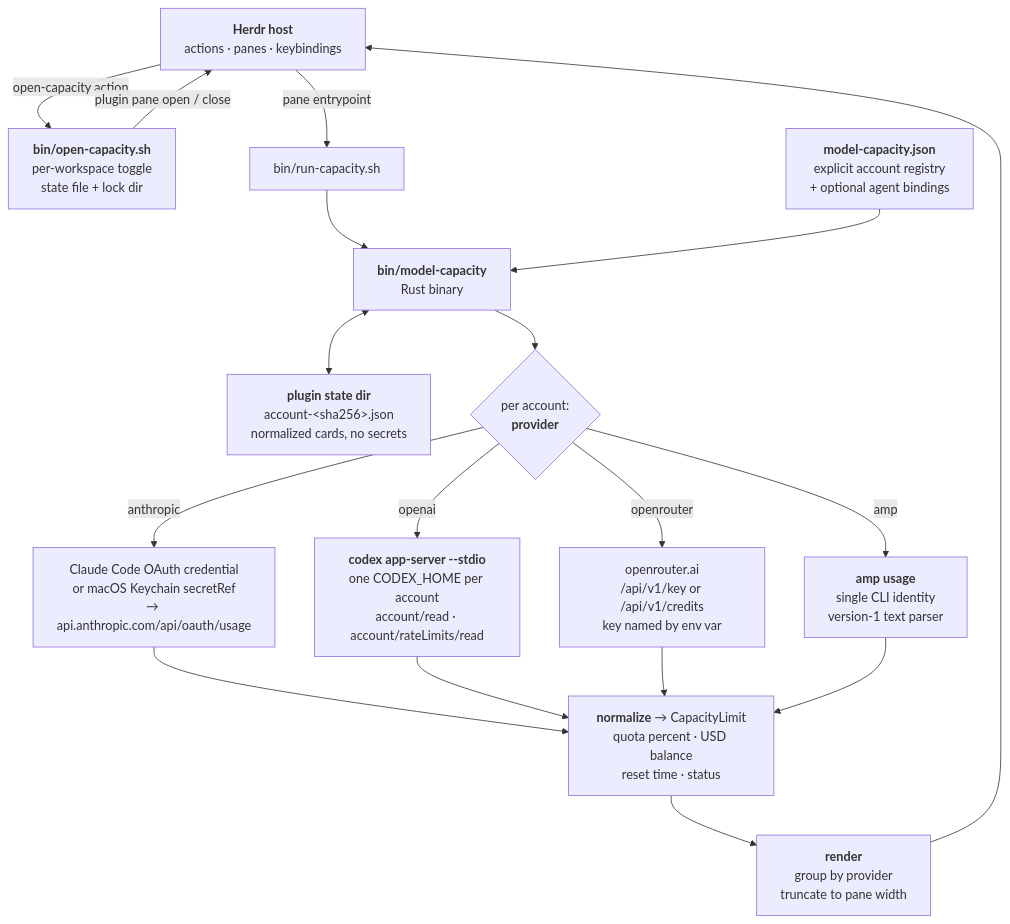
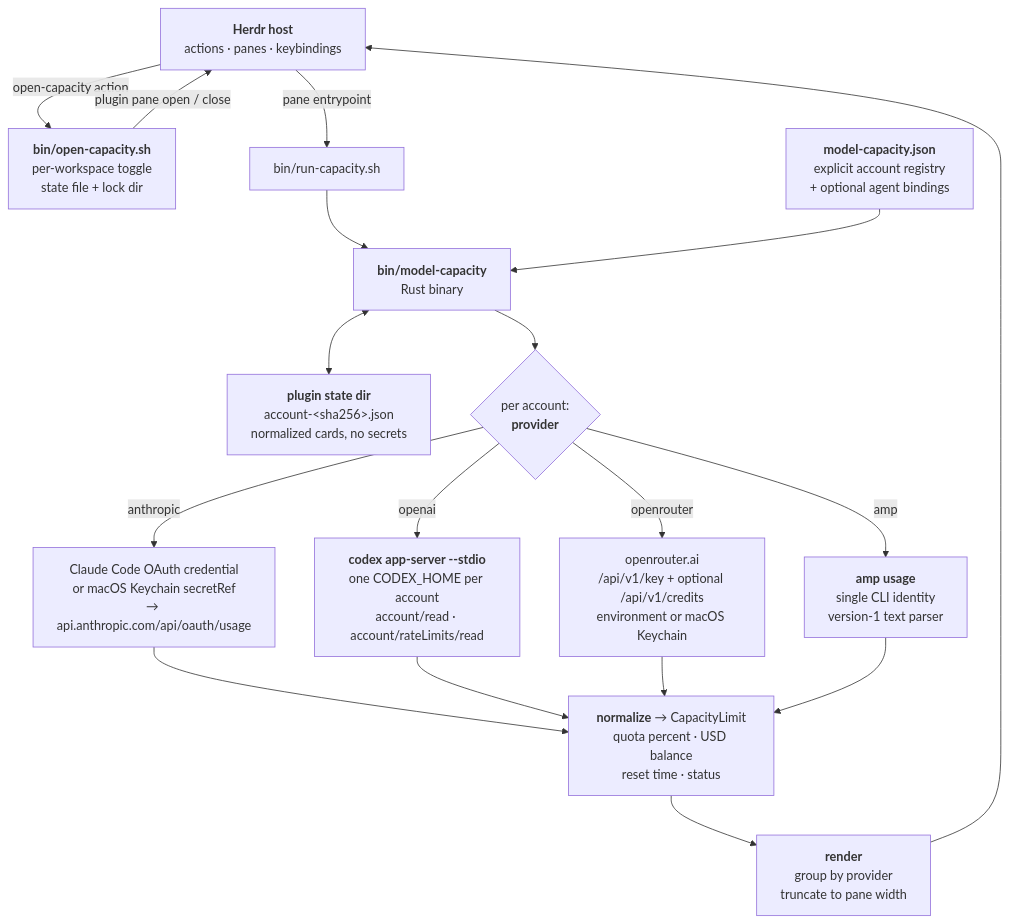
Before and after one commit to shrivatsas/herdr-model-capacity: the first of 2 diagrams in README.md, drawn with Mermaid. The commit also changed other lines of this file and 1 other file, not shown here.

First line of the commit message:
Show OpenRouter key identity and distinguish capacity scope (#10)

````diff
--- a/README.md
+++ b/README.md
@@ -32,26 +32,26 @@
 ```mermaid
 flowchart TD
     A["<b>Herdr host</b><br/>actions · panes · keybindings"]
 
     A -->|"open-capacity action"| B["<b>bin/open-capacity.sh</b><br/>per-workspace toggle<br/>state file + lock dir"]
     B -->|"plugin pane open / close"| A
     A -->|"pane entrypoint"| C["bin/run-capacity.sh"]
     C --> D["<b>bin/model-capacity</b><br/>Rust binary"]
 
     R["<b>model-capacity.json</b><br/>explicit account registry<br/>+ optional agent bindings"] --> D
     D <--> S["<b>plugin state dir</b><br/>account-&lt;sha256&gt;.json<br/>normalized cards, no secrets"]
 
     D --> E{"per account:<br/><b>provider</b>"}
     E -->|anthropic| F["Claude Code OAuth credential<br/>or macOS Keychain secretRef<br/>→ api.anthropic.com/api/oauth/usage"]
     E -->|openai| G["<b>codex app-server --stdio</b><br/>one CODEX_HOME per account<br/>account/read · account/rateLimits/read"]
-    E -->|openrouter| H["openrouter.ai<br/>/api/v1/key or /api/v1/credits<br/>key named by env var"]
+    E -->|openrouter| H["openrouter.ai<br/>/api/v1/key + optional /api/v1/credits<br/>environment or macOS Keychain"]
     E -->|amp| I["<b>amp usage</b><br/>single CLI identity<br/>version-1 text parser"]
 
     F --> J
     G --> J
     H --> J
     I --> J["<b>normalize</b> → CapacityLimit<br/>quota percent · USD balance<br/>reset time · status"]
 
     J --> K["<b>render</b><br/>group by provider<br/>truncate to pane width"]
     K --> A
 ```
````
